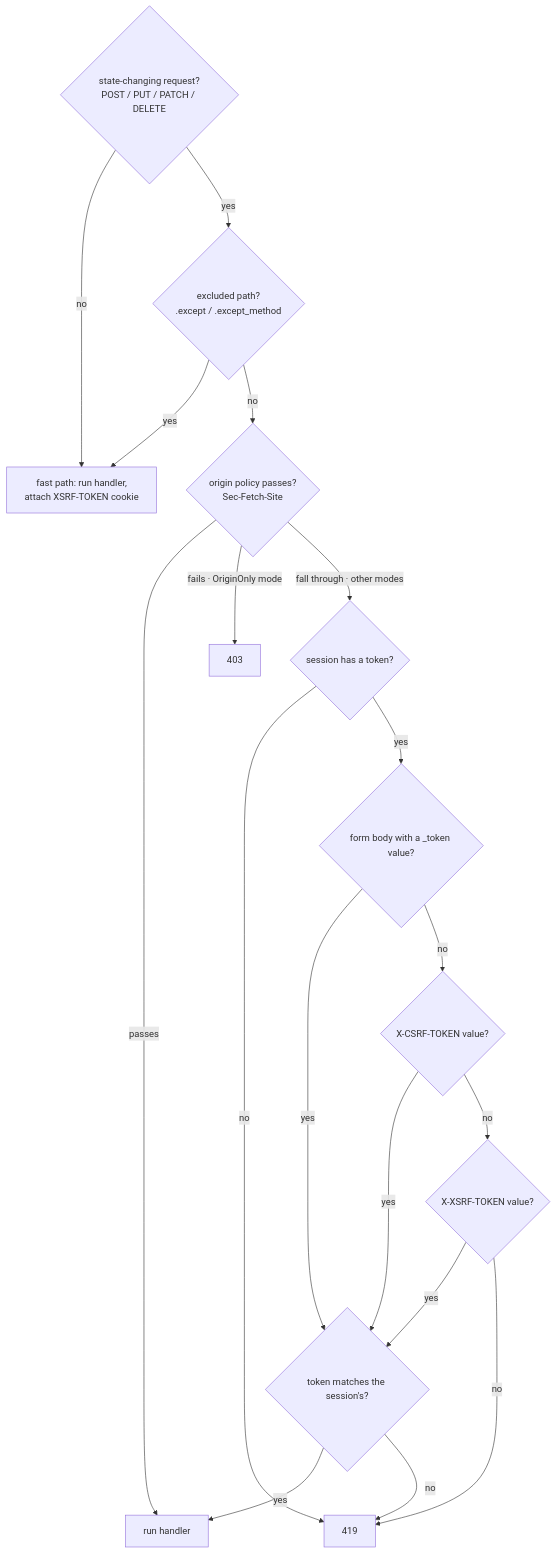
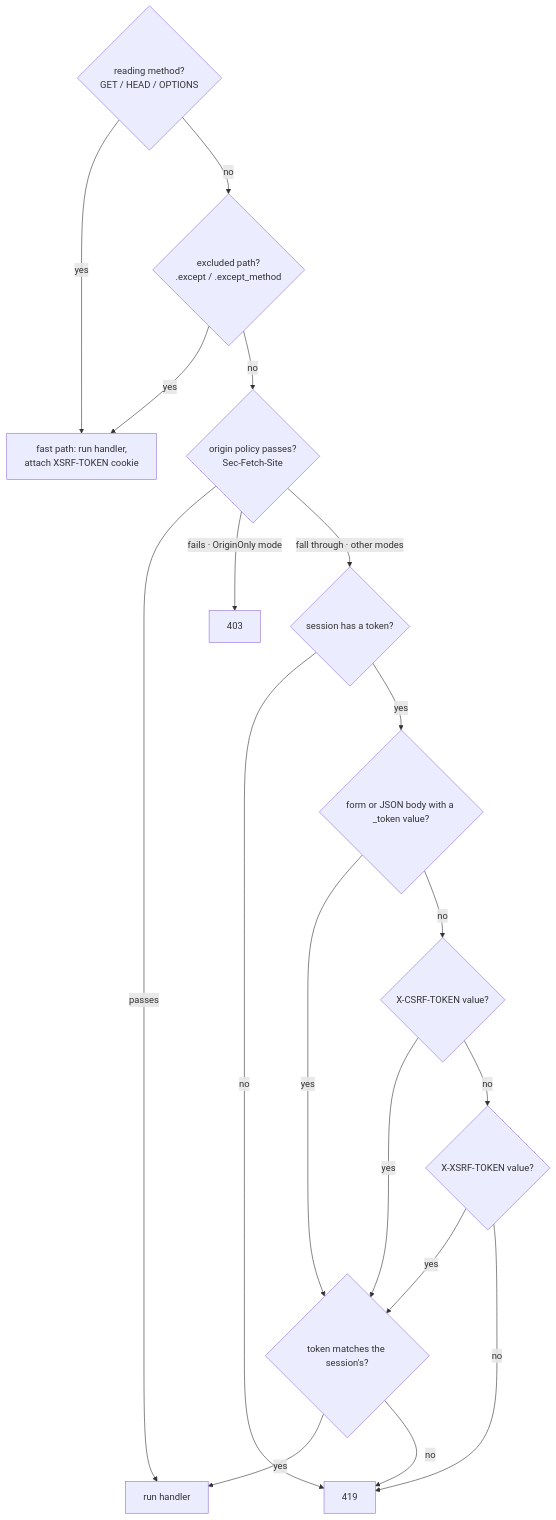
The diagram in manual/csrf.md (eas4ai/suprnova), drawn with Mermaid before and after one commit. The commit also changed other lines of this file and 16 other files, not shown here.

````diff
--- a/manual/csrf.md
+++ b/manual/csrf.md
@@ -36,33 +36,33 @@
 ```mermaid
 flowchart TD
-    state{"state-changing request?<br/>POST / PUT / PATCH / DELETE"}
+    state{"reading method?<br/>GET / HEAD / OPTIONS"}
     excluded{"excluded path?<br/>.except / .except_method"}
     origin{"origin policy passes?<br/>Sec-Fetch-Site"}
     session{"session has a token?"}
-    form{"form body with a _token value?"}
+    form{"form or JSON body with a _token value?"}
     header{"X-CSRF-TOKEN value?"}
     xsrf{"X-XSRF-TOKEN value?"}
     check{"token matches the session's?"}
     fast["fast path: run handler,<br/>attach XSRF-TOKEN cookie"]
     run["run handler"]
     deny403["403"]
     deny419["419"]
 
-    state -- "no" --> fast
-    state -- "yes" --> excluded
+    state -- "yes" --> fast
+    state -- "no" --> excluded
     excluded -- "yes" --> fast
     excluded -- "no" --> origin
     origin -- "passes" --> run
     origin -- "fails · OriginOnly mode" --> deny403
     origin -- "fall through · other modes" --> session
     session -- "no" --> deny419
     session -- "yes" --> form
     form -- "yes" --> check
     form -- "no" --> header
     header -- "yes" --> check
     header -- "no" --> xsrf
     xsrf -- "yes" --> check
     xsrf -- "no" --> deny419
     check -- "yes" --> run
     check -- "no" --> deny419
 ```
````
